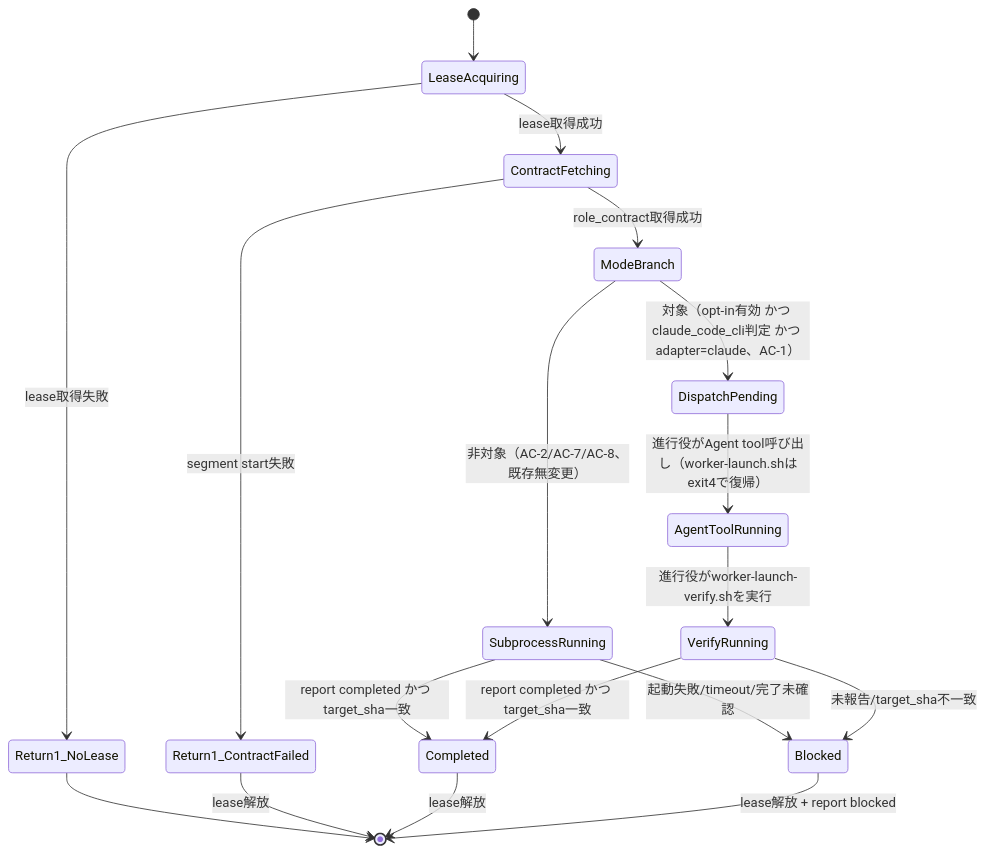
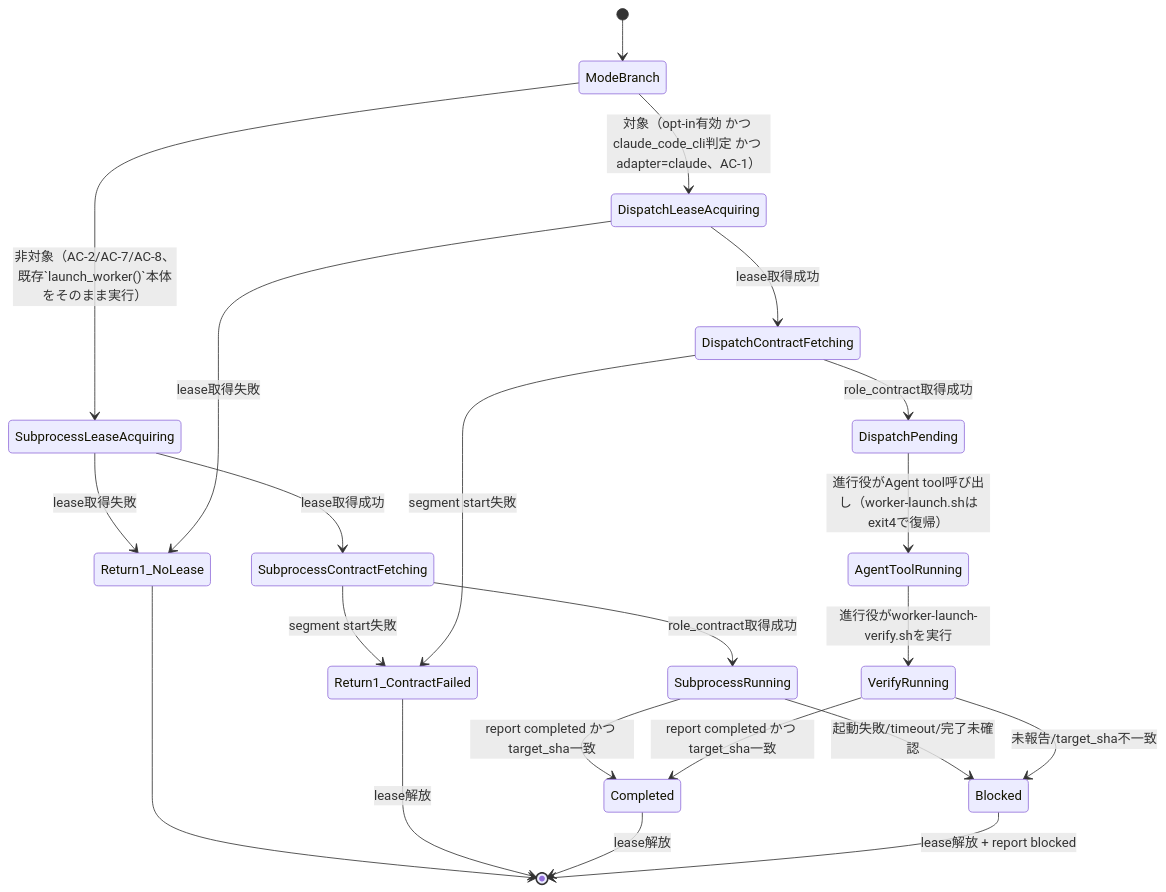
Before and after one commit to techbeansjp-free/AGENTS.md: the diagram in DESIGN.md, drawn with Mermaid. The commit also changed other lines of this file and 2 other files, not shown here.

Commit message:
ISSUE-448: design-gate round8指摘対応 — カスタムsubagent種別からRead除外不能な理由（Editツールの先行Read要件・SPEC.md等既存成果物読込要件）をDESIGN.md/ADR-0030へ明記しAC-4完全性担保が定型指示+SHA256監査証跡の2層に留まる既知残存リスクとして受容、worker-launch-verify.shの引数へissue_idを第1位置引数として追加（DISPATCH_TEMP_DIRは第2引数）しsegment/roleはcontract.mdのrole行から抽出する設計を追加、状態遷移図をModeBranchがlease取得より前に位置する構成へ修正しコンポーネント構成本文と整合させた

````diff
--- a/DESIGN.md
+++ b/DESIGN.md
@@ -103,20 +107,27 @@
 ```mermaid
 stateDiagram-v2
-    [*] --> LeaseAcquiring
-    LeaseAcquiring --> Return1_NoLease: lease取得失敗
-    Return1_NoLease --> [*]
-    LeaseAcquiring --> ContractFetching: lease取得成功
-    ContractFetching --> Return1_ContractFailed: segment start失敗
-    Return1_ContractFailed --> [*]: lease解放
-    ContractFetching --> ModeBranch: role_contract取得成功
-    ModeBranch --> SubprocessRunning: 非対象（AC-2/AC-7/AC-8、既存無変更）
-    ModeBranch --> DispatchPending: 対象（opt-in有効 かつ claude_code_cli判定 かつ adapter=claude、AC-1）
+    [*] --> ModeBranch
+    ModeBranch --> SubprocessLeaseAcquiring: 非対象（AC-2/AC-7/AC-8、既存`launch_worker()`本体をそのまま実行）
+    ModeBranch --> DispatchLeaseAcquiring: 対象（opt-in有効 かつ claude_code_cli判定 かつ adapter=claude、AC-1）
+
+    SubprocessLeaseAcquiring --> Return1_NoLease: lease取得失敗
+    SubprocessLeaseAcquiring --> SubprocessContractFetching: lease取得成功
+    SubprocessContractFetching --> Return1_ContractFailed: segment start失敗
+    SubprocessContractFetching --> SubprocessRunning: role_contract取得成功
     SubprocessRunning --> Completed: report completed かつ target_sha一致
     SubprocessRunning --> Blocked: 起動失敗/timeout/完了未確認
+
+    DispatchLeaseAcquiring --> Return1_NoLease: lease取得失敗
+    DispatchLeaseAcquiring --> DispatchContractFetching: lease取得成功
+    DispatchContractFetching --> Return1_ContractFailed: segment start失敗
+    DispatchContractFetching --> DispatchPending: role_contract取得成功
     DispatchPending --> AgentToolRunning: 進行役がAgent tool呼び出し（worker-launch.shはexit4で復帰）
     AgentToolRunning --> VerifyRunning: 進行役がworker-launch-verify.shを実行
     VerifyRunning --> Completed: report completed かつ target_sha一致
     VerifyRunning --> Blocked: 未報告/target_sha不一致
+
+    Return1_NoLease --> [*]
+    Return1_ContractFailed --> [*]: lease解放
     Completed --> [*]: lease解放
     Blocked --> [*]: lease解放 + report blocked
 ```
````
